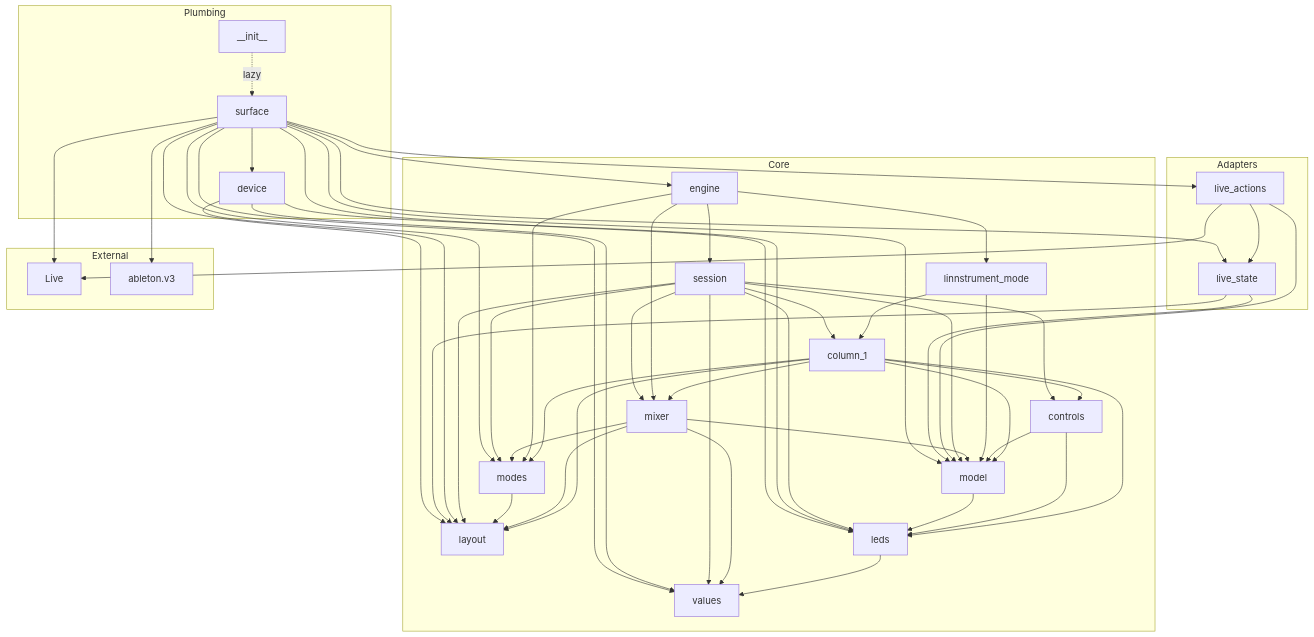
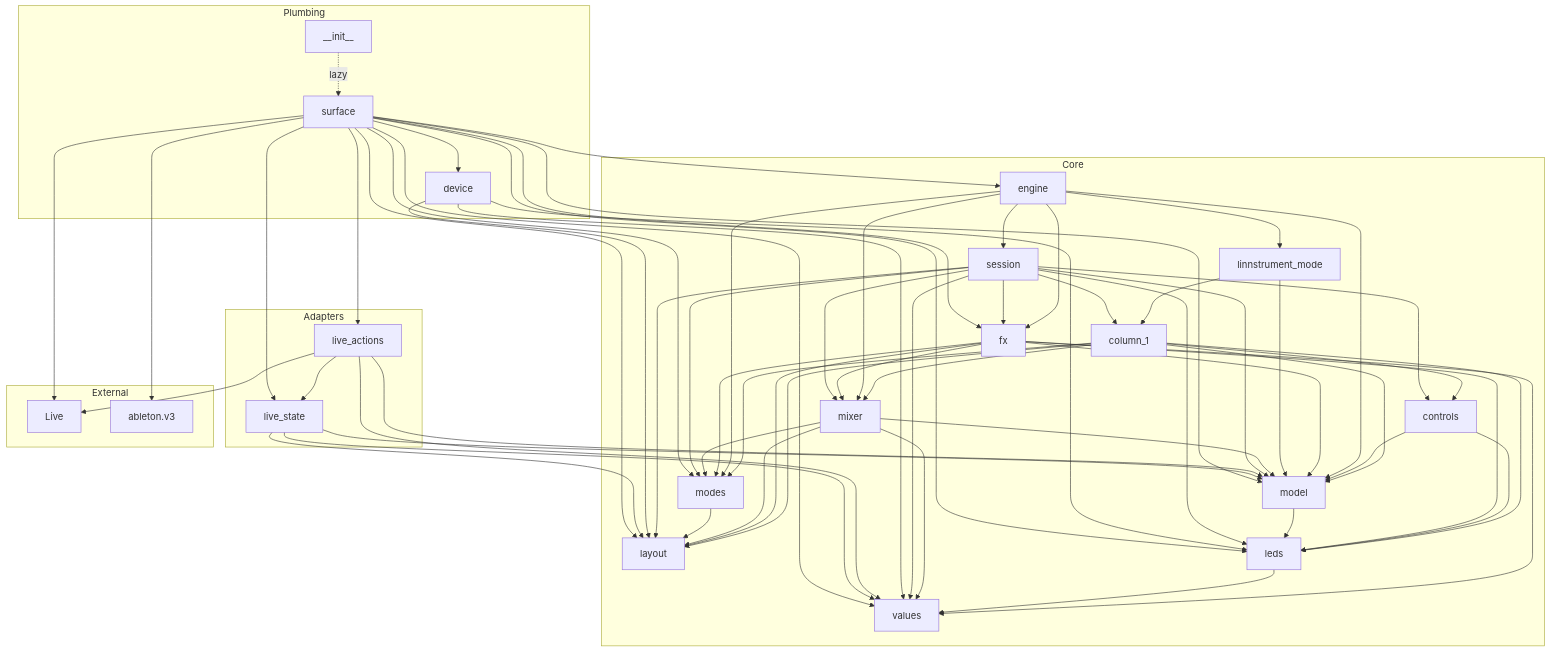
Before and after one commit to ianbleaker/bleakloop-linnstrument: the fourth of 8 diagrams in docs/architecture.md, drawn with Mermaid. The commit also changed other lines of this file and 23 other files, not shown here.

```diff
--- a/docs/architecture.md
+++ b/docs/architecture.md
@@ -190,6 +191,7 @@
     core_column_1["column_1"]
     core_controls["controls"]
     core_engine["engine"]
+    core_fx["fx"]
     core_layout["layout"]
     core_leds["leds"]
     core_linnstrument_mode["linnstrument_mode"]
@@ -212,10 +214,18 @@
   core_column_1 --> core_modes
   core_controls --> core_leds
   core_controls --> core_model
+  core_engine --> core_fx
   core_engine --> core_linnstrument_mode
   core_engine --> core_mixer
+  core_engine --> core_model
   core_engine --> core_modes
   core_engine --> core_session
+  core_fx --> core_layout
+  core_fx --> core_leds
+  core_fx --> core_mixer
+  core_fx --> core_model
+  core_fx --> core_modes
+  core_fx --> core_values
   core_leds --> core_values
   core_linnstrument_mode --> core_column_1
   core_linnstrument_mode --> core_model
@@ -227,6 +237,7 @@
   core_modes --> core_layout
   core_session --> core_column_1
   core_session --> core_controls
+  core_session --> core_fx
   core_session --> core_layout
   core_session --> core_leds
   core_session --> core_mixer
@@ -238,12 +249,15 @@
   device --> core_values
   live_actions --> Live
   live_actions --> core_model
+  live_actions --> core_values
   live_actions --> live_state
   live_state --> core_layout
   live_state --> core_model
+  live_state --> core_values
   surface --> Live
   surface --> ableton_v3
   surface --> core_engine
+  surface --> core_fx
   surface --> core_layout
   surface --> core_leds
   surface --> core_model
```
